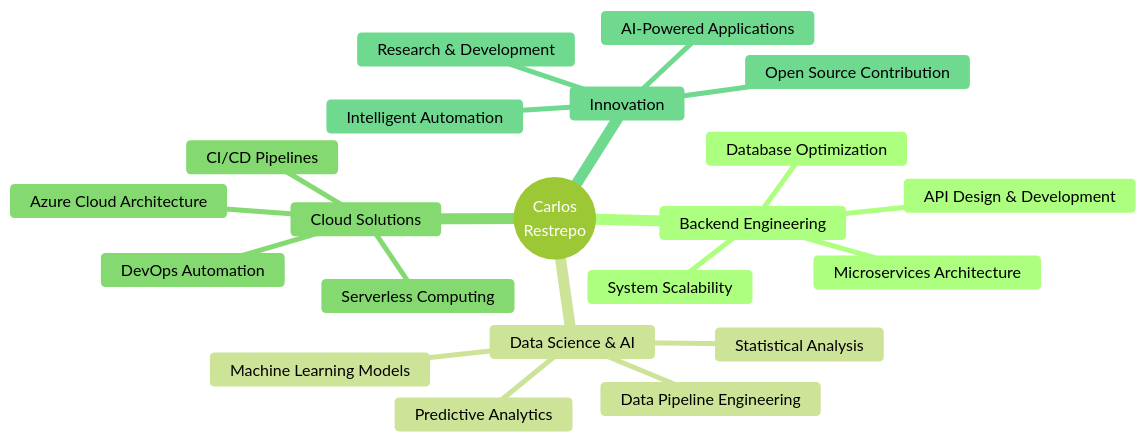
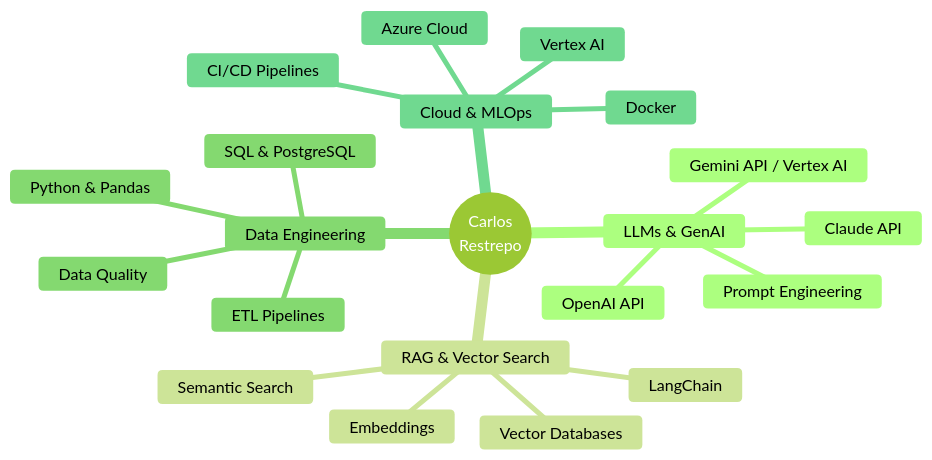
Before and after one commit to proCarlos2001/proCarlos2001: the diagram in README.md, drawn with Mermaid (forest theme). The commit also changed other lines of this file, not shown here.

First line of the commit message:
Reenfocar README de perfil hacia IA/LLM/RAG y reparar widgets rotos

````diff
--- a/README.md
+++ b/README.md
@@ -170,24 +174,24 @@
 ```mermaid
 mindmap
   root((Carlos<br/>Restrepo))
-    Backend Engineering
-      API Design & Development
-      Microservices Architecture
-      Database Optimization
-      System Scalability
-    Data Science & AI
-      Machine Learning Models
-      Predictive Analytics
-      Data Pipeline Engineering
-      Statistical Analysis
-    Cloud Solutions
-      Azure Cloud Architecture
-      Serverless Computing
-      DevOps Automation
+    LLMs & GenAI
+      OpenAI API
+      Gemini API / Vertex AI
+      Claude API
+      Prompt Engineering
+    RAG & Vector Search
+      Embeddings
+      LangChain
+      Vector Databases
+      Semantic Search
+    Data Engineering
+      ETL Pipelines
+      Python & Pandas
+      SQL & PostgreSQL
+      Data Quality
+    Cloud & MLOps
+      Azure Cloud
+      Vertex AI
+      Docker
       CI/CD Pipelines
-    Innovation
-      AI-Powered Applications
-      Intelligent Automation
-      Research & Development
-      Open Source Contribution
 ```
````
